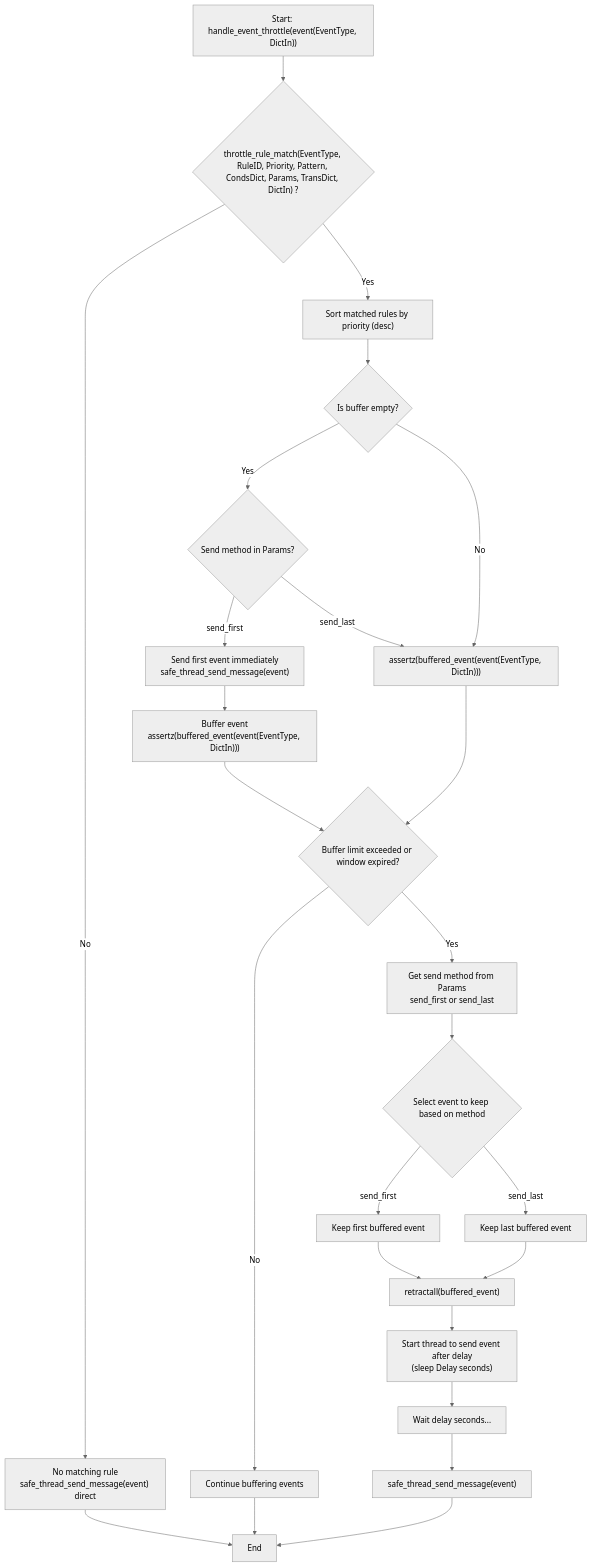
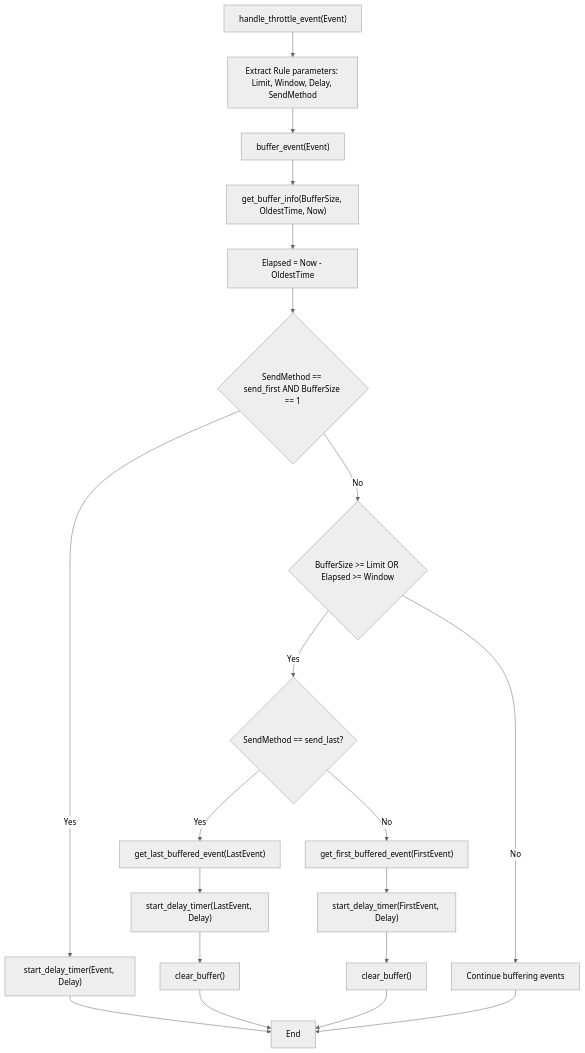
The diagram in doc/Throttle_workflow/throttle.md (clickpaddle/clickceler), drawn with Mermaid (neutral theme) before and after one commit.

````diff
--- a/doc/Throttle_workflow/throttle.md
+++ b/doc/Throttle_workflow/throttle.md
@@ -1,40 +1,33 @@
 ```mermaid
 flowchart TD
-    Start["Start: handle_event_throttle(event(EventType, DictIn))"] --> FindRules{"throttle_rule_match(EventType, RuleID, Priority, Pattern, CondsDict, Params, TransDict, DictIn) ?"}
-    
-    FindRules -- No --> SendDirect["No matching rule<br>safe_thread_send_message(event) direct"]
-    FindRules -- Yes --> SortRules["Sort matched rules by priority (desc)"]
-    
-    SortRules --> CheckBufferEmpty{"Is buffer empty?"}
-    
-    CheckBufferEmpty -- Yes --> CheckSendMethod{"Send method in Params?"}
-    CheckBufferEmpty -- No --> BufferEvent["assertz(buffered_event(event(EventType, DictIn)))"]
-    
-    CheckSendMethod -- send_first --> SendFirstImmediate["Send first event immediately<br>safe_thread_send_message(event)"]
-    CheckSendMethod -- send_last --> BufferEvent
-    
-    SendFirstImmediate --> BufferEventAfterFirst["Buffer event<br>assertz(buffered_event(event(EventType, DictIn)))"]
-    BufferEventAfterFirst --> CheckLimitWindow
-    
-    BufferEvent --> CheckLimitWindow{"Buffer limit exceeded or window expired?"}
-    
-    CheckLimitWindow -- No --> WaitMore["Continue buffering events"]
-    CheckLimitWindow -- Yes --> GetSendMethod["Get send method from Params<br>send_first or send_last"]
-    
-    GetSendMethod --> PrepareEvent{"Select event to keep based on method"}
-    
-    PrepareEvent -- send_first --> KeepFirst["Keep first buffered event"]
-    PrepareEvent -- send_last --> KeepLast["Keep last buffered event"]
-    
-    KeepFirst --> ClearBuffer["retractall(buffered_event)"]
-    KeepLast --> ClearBuffer
-    
-    ClearBuffer --> StartDelayThread["Start thread to send event after delay<br>(sleep Delay seconds)"]
-    
-    StartDelayThread --> WaitDelay["Wait delay seconds..."]
-    WaitDelay --> SendEvent["safe_thread_send_message(event)"]
-    
-    SendEvent --> End["End"]
-    WaitMore --> End
-    SendDirect --> End
+    A["handle_throttle_event(Event)"] --> B["Extract Rule parameters: Limit, Window, Delay, SendMethod"]
+    B --> C["buffer_event(Event)"]
+    C --> D["get_buffer_info(BufferSize, OldestTime, Now)"]
+    D --> E["Elapsed = Now - OldestTime"]
+
+    %% send_first early send
+    E --> F{"SendMethod == send_first AND BufferSize == 1"}
+    F -->|Yes| G["start_delay_timer(Event, Delay)"]
+    G --> Z["End"]
+
+    %% Check limits
+    F -->|No| H{"BufferSize >= Limit OR Elapsed >= Window"}
+    H -->|Yes| I{"SendMethod == send_last?"}
+
+    %% send_last branch
+    I -->|Yes| J["get_last_buffered_event(LastEvent)"]
+    J --> K["start_delay_timer(LastEvent, Delay)"]
+    K --> L["clear_buffer()"]
+    L --> Z
+
+    %% send_first branch
+    I -->|No| M["get_first_buffered_event(FirstEvent)"]
+    M --> N["start_delay_timer(FirstEvent, Delay)"]
+    N --> O["clear_buffer()"]
+    O --> Z
+
+    %% Continue buffering
+    H -->|No| P["Continue buffering events"]
+    P --> Z
+
 ```
````
